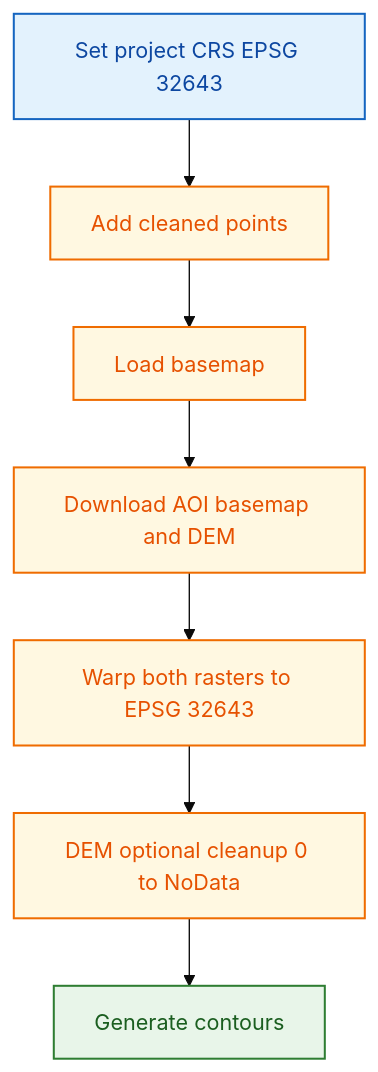
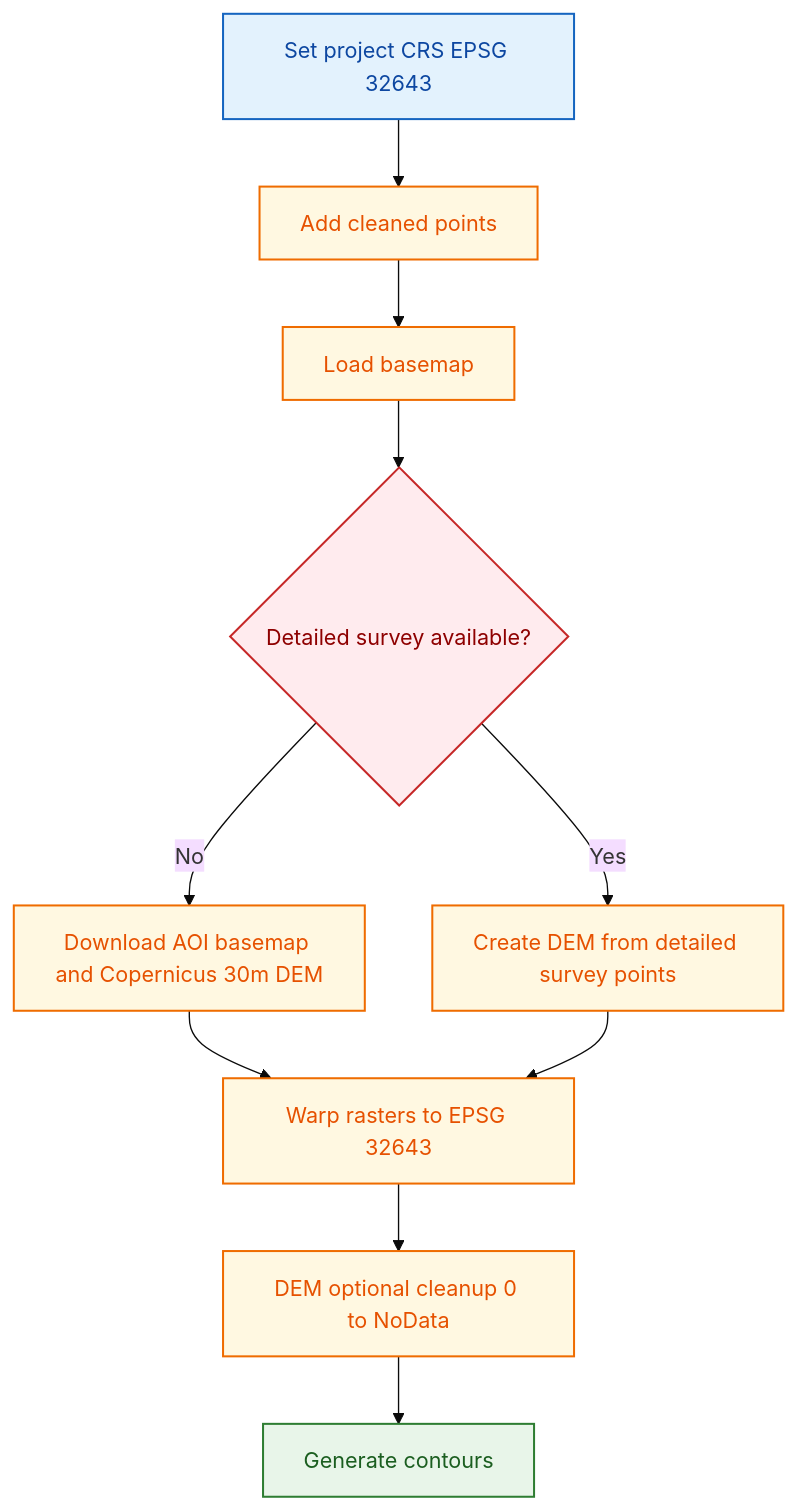
One commit to PrathamGitHub/Geo-CAD-Practical-Reference changed the second of 3 diagrams in docs/practical-execution-guide.md. Above: the diagram before and after it, drawn with Mermaid (base theme). The commit also changed other lines of this file and 8 other files, not shown here.

````diff
--- a/docs/practical-execution-guide.md
+++ b/docs/practical-execution-guide.md
@@ -99,18 +111,22 @@
 ```mermaid
 flowchart TD
     A[Set project CRS EPSG 32643] --> B[Add cleaned points]
     B --> C[Load basemap]
-    C --> D[Download AOI basemap and DEM]
-    D --> E[Warp both rasters to EPSG 32643]
-    E --> F[DEM optional cleanup 0 to NoData]
-    F --> G[Generate contours]
+    C --> D{Detailed survey available?}
+    D -->|No| E[Download AOI basemap and Copernicus 30m DEM]
+    D -->|Yes| F[Create DEM from detailed survey points]
+    E --> G[Warp rasters to EPSG 32643]
+    F --> G
+    G --> H[DEM optional cleanup 0 to NoData]
+    H --> I[Generate contours]
 
     classDef input fill:#e3f2fd,stroke:#1565c0,stroke-width:1.5px,color:#0d47a1;
     classDef process fill:#fff8e1,stroke:#ef6c00,stroke-width:1.5px,color:#e65100;
     classDef decision fill:#ffebee,stroke:#c62828,stroke-width:1.5px,color:#8e0000;
     classDef output fill:#e8f5e9,stroke:#2e7d32,stroke-width:1.5px,color:#1b5e20;
 
     class A input;
-    class B,C,D,E,F process;
-    class G output;
+    class B,C,E,F,G,H process;
+    class D decision;
+    class I output;
 ```
````
